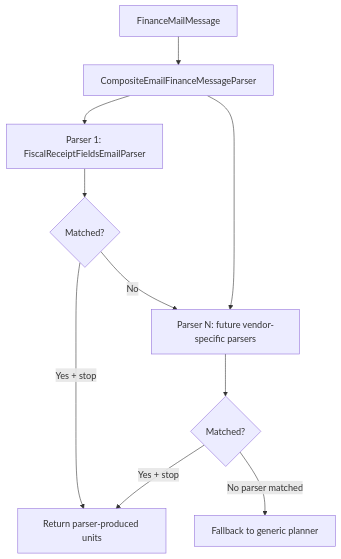
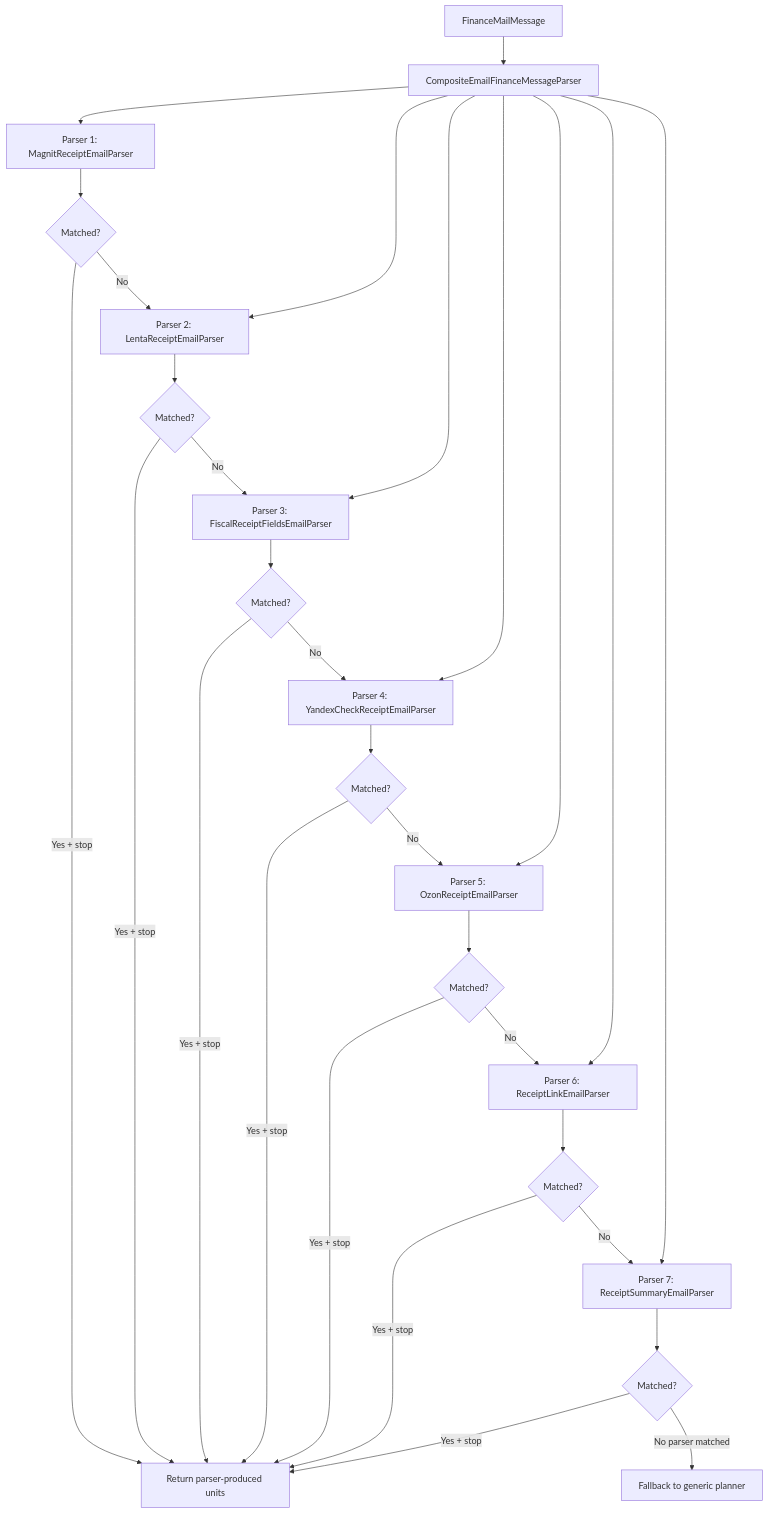
Before and after one commit to Xoanis/obsidian-expense-manager: the seventh of 15 diagrams in docs/email-finance-intake-architecture.md, drawn with Mermaid. The commit also changed other lines of this file and 7 other files, not shown here.

Commit message:
feat: more vendor specific parser

````diff
--- a/docs/email-finance-intake-architecture.md
+++ b/docs/email-finance-intake-architecture.md
@@ -207,12 +208,32 @@
 ```mermaid
 flowchart TD
     A["FinanceMailMessage"] --> B["CompositeEmailFinanceMessageParser"]
-    B --> C["Parser 1: FiscalReceiptFieldsEmailParser"]
-    B --> D["Parser N: future vendor-specific parsers"]
-    C --> E{"Matched?"}
-    D --> F{"Matched?"}
-    E -->|"Yes + stop"| G["Return parser-produced units"]
-    E -->|"No"| D
-    F -->|"Yes + stop"| G
-    F -->|"No parser matched"| H["Fallback to generic planner"]
+    B --> C1["Parser 1: MagnitReceiptEmailParser"]
+    B --> C2["Parser 2: LentaReceiptEmailParser"]
+    B --> C3["Parser 3: FiscalReceiptFieldsEmailParser"]
+    B --> C4["Parser 4: YandexCheckReceiptEmailParser"]
+    B --> C5["Parser 5: OzonReceiptEmailParser"]
+    B --> C6["Parser 6: ReceiptLinkEmailParser"]
+    B --> C7["Parser 7: ReceiptSummaryEmailParser"]
+    C1 --> M1{"Matched?"}
+    M1 -->|"Yes + stop"| R["Return parser-produced units"]
+    M1 -->|"No"| C2
+    C2 --> M2{"Matched?"}
+    M2 -->|"Yes + stop"| R
+    M2 -->|"No"| C3
+    C3 --> M3{"Matched?"}
+    M3 -->|"Yes + stop"| R
+    M3 -->|"No"| C4
+    C4 --> M4{"Matched?"}
+    M4 -->|"Yes + stop"| R
+    M4 -->|"No"| C5
+    C5 --> M5{"Matched?"}
+    M5 -->|"Yes + stop"| R
+    M5 -->|"No"| C6
+    C6 --> M6{"Matched?"}
+    M6 -->|"Yes + stop"| R
+    M6 -->|"No"| C7
+    C7 --> M7{"Matched?"}
+    M7 -->|"Yes + stop"| R
+    M7 -->|"No parser matched"| F["Fallback to generic planner"]
 ```
````
